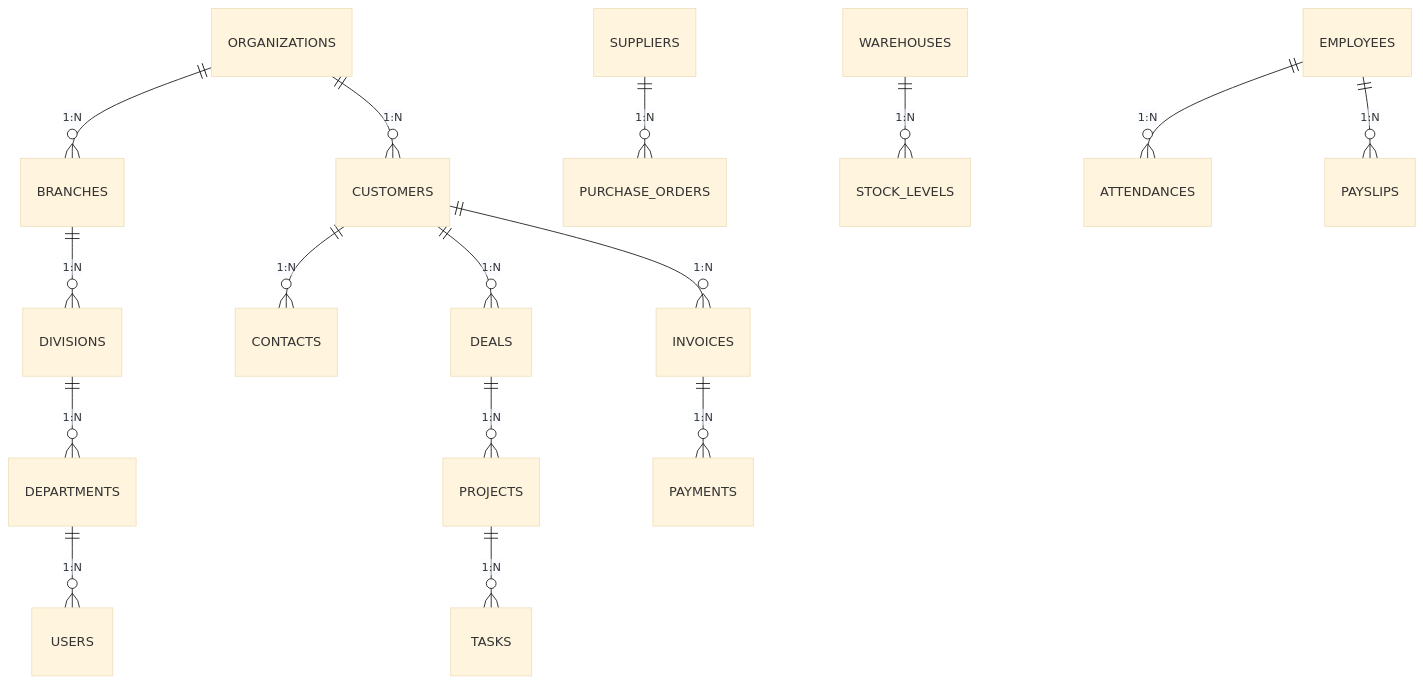
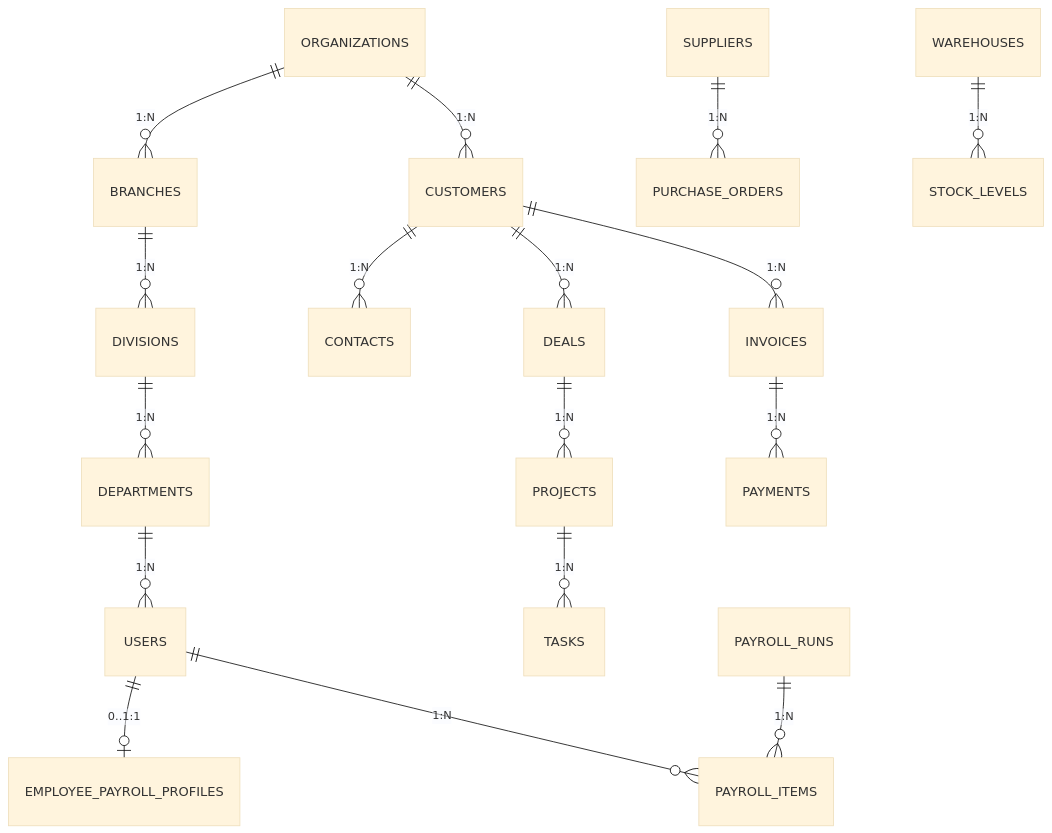
One commit to anuwatm/ERP changed diagram 11 of 12 in document/README.md. Above: the diagram before and after it, drawn with Mermaid (base theme). The commit also changed other lines of this file and 76 other files, not shown here.

````diff
--- a/document/README.md
+++ b/document/README.md
@@ -319,18 +327,19 @@
 ```mermaid
 erDiagram
     ORGANIZATIONS ||--o{ BRANCHES : "1:N"
     BRANCHES ||--o{ DIVISIONS : "1:N"
     DIVISIONS ||--o{ DEPARTMENTS : "1:N"
     DEPARTMENTS ||--o{ USERS : "1:N"
     ORGANIZATIONS ||--o{ CUSTOMERS : "1:N"
     CUSTOMERS ||--o{ CONTACTS : "1:N"
     CUSTOMERS ||--o{ DEALS : "1:N"
     DEALS ||--o{ PROJECTS : "1:N"
     PROJECTS ||--o{ TASKS : "1:N"
     CUSTOMERS ||--o{ INVOICES : "1:N"
     INVOICES ||--o{ PAYMENTS : "1:N"
     SUPPLIERS ||--o{ PURCHASE_ORDERS : "1:N"
     WAREHOUSES ||--o{ STOCK_LEVELS : "1:N"
-    EMPLOYEES ||--o{ ATTENDANCES : "1:N"
-    EMPLOYEES ||--o{ PAYSLIPS : "1:N"
+    USERS ||--o| EMPLOYEE_PAYROLL_PROFILES : "0..1:1"
+    PAYROLL_RUNS ||--o{ PAYROLL_ITEMS : "1:N"
+    USERS ||--o{ PAYROLL_ITEMS : "1:N"
 ```
````
